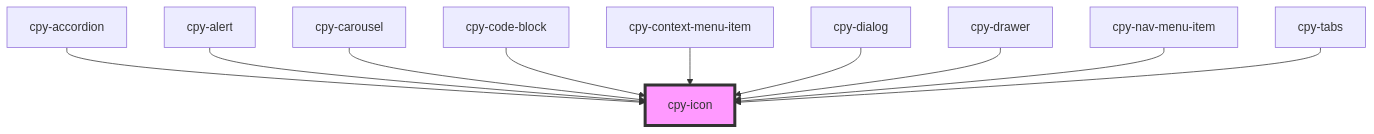
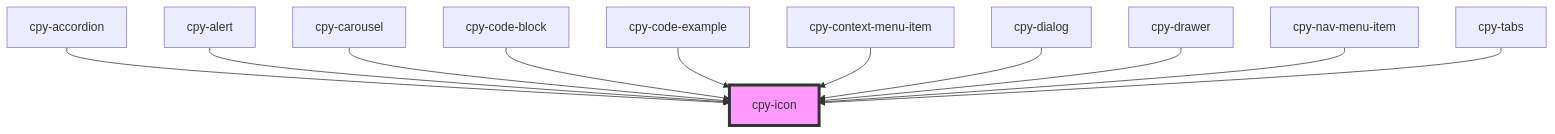
Before and after one commit to Lith1um/Canopy-Stencil: the diagram in stencil-lib/src/components/icon/readme.md, drawn with Mermaid. The commit also changed other lines of this file and 152 other files, not shown here.

````diff
--- a/stencil-lib/src/components/icon/readme.md
+++ b/stencil-lib/src/components/icon/readme.md
@@ -23,13 +24,14 @@
 ```mermaid
 graph TD;
   cpy-accordion --> cpy-icon
   cpy-alert --> cpy-icon
   cpy-carousel --> cpy-icon
   cpy-code-block --> cpy-icon
+  cpy-code-example --> cpy-icon
   cpy-context-menu-item --> cpy-icon
   cpy-dialog --> cpy-icon
   cpy-drawer --> cpy-icon
   cpy-nav-menu-item --> cpy-icon
   cpy-tabs --> cpy-icon
   style cpy-icon fill:#f9f,stroke:#333,stroke-width:4px
 ```
````
